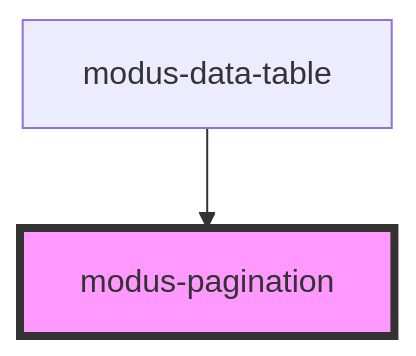
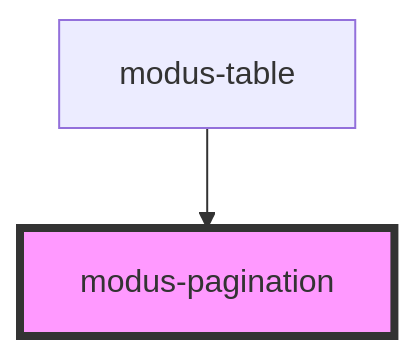
One commit to trimble-oss/modus-web-components changed the diagram in stencil-workspace/src/components/modus-pagination/readme.md. Above: the diagram before and after it, drawn with Mermaid. The commit also changed other lines of this file and 27 other files, not shown here.

Commit message:
Cell Renderer for Modus Data Table

````diff
--- a/stencil-workspace/src/components/modus-pagination/readme.md
+++ b/stencil-workspace/src/components/modus-pagination/readme.md
@@ -33,5 +35,5 @@
 ```mermaid
 graph TD;
-  modus-data-table --> modus-pagination
+  modus-table --> modus-pagination
   style modus-pagination fill:#f9f,stroke:#333,stroke-width:4px
 ```
````
